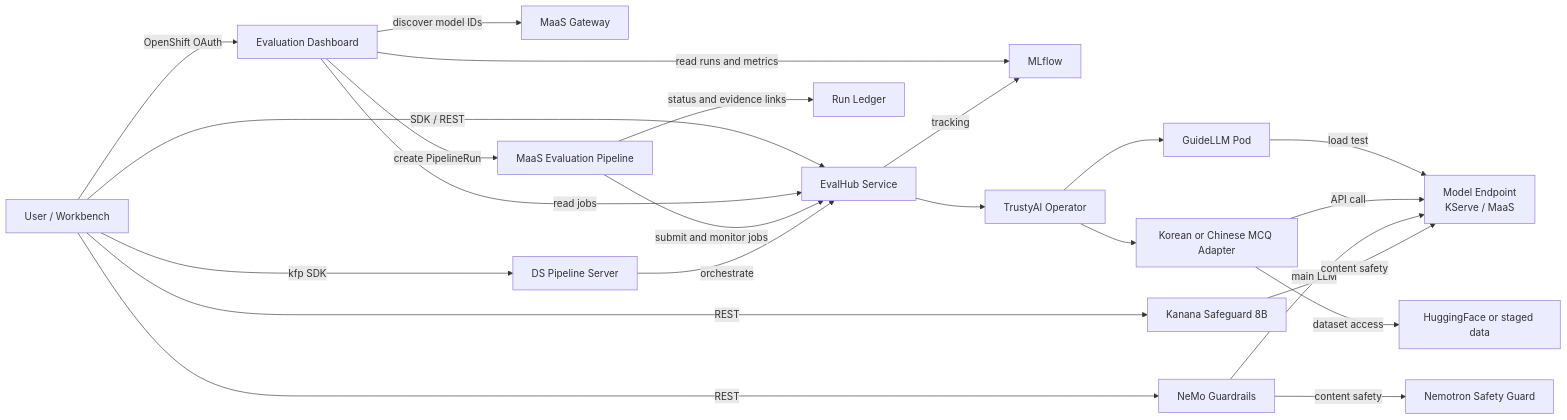
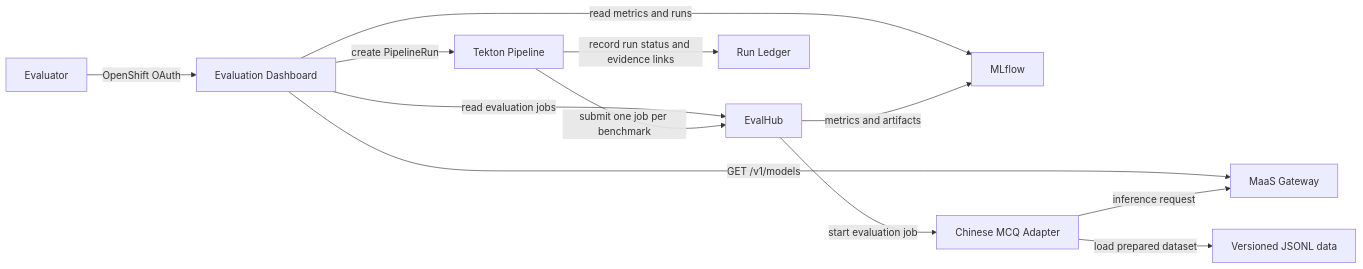
One commit to jaysonzhao/evalhub-lab changed the diagram in README.md. Above: the diagram before and after it, drawn with Mermaid. The commit also changed other lines of this file, not shown here.

Commit message:
docs: focus README on Chinese evaluation lab

````diff
--- a/README.md
+++ b/README.md
@@ -7,25 +7,14 @@
 ```mermaid
 flowchart LR
-    User[User / Workbench] -->|SDK / REST| EvalHub[EvalHub Service]
-    User -->|OpenShift OAuth| Dashboard[Evaluation Dashboard]
-    Dashboard -->|read jobs| EvalHub
-    Dashboard -->|read runs and metrics| MLflow[MLflow]
-    Dashboard -->|discover model IDs| MaaS[MaaS Gateway]
-    Dashboard -->|create PipelineRun| Tekton[MaaS Evaluation Pipeline]
-    Tekton -->|submit and monitor jobs| EvalHub
-    Tekton -->|status and evidence links| Ledger[Run Ledger]
-    EvalHub -->|tracking| MLflow[MLflow]
-    EvalHub --> Operator[TrustyAI Operator]
-    Operator --> GuideLLM[GuideLLM Pod]
-    Operator --> MCQ[Korean or Chinese MCQ Adapter]
-    GuideLLM -->|load test| Model[Model Endpoint<br/>KServe / MaaS]
-    MCQ -->|API call| Model
-    MCQ -->|dataset access| HF[HuggingFace or staged data]
-    User -->|kfp SDK| Pipeline[DS Pipeline Server]
-    Pipeline -->|orchestrate| EvalHub
-    User -->|REST| Guardrails[NeMo Guardrails]
-    Guardrails -->|content safety| SafetyModel[Nemotron Safety Guard]
-    Guardrails -->|main LLM| Model
-    User -->|REST| Kanana[Kanana Safeguard 8B]
-    Kanana -->|content safety| Model
+    User[Evaluator] -->|OpenShift OAuth| Dashboard[Evaluation Dashboard]
+    Dashboard -->|read evaluation jobs| EvalHub[EvalHub]
+    Dashboard -->|read metrics and runs| MLflow[MLflow]
+    Dashboard -->|GET /v1/models| MaaS[MaaS Gateway]
+    Dashboard -->|create PipelineRun| Tekton[Tekton Pipeline]
+    Tekton -->|submit one job per benchmark| EvalHub
+    Tekton -->|record run status and evidence links| Ledger[Run Ledger]
+    EvalHub -->|start evaluation job| Adapter[Chinese MCQ Adapter]
+    Adapter -->|inference request| MaaS
+    Adapter -->|load prepared dataset| Data[Versioned JSONL data]
+    EvalHub -->|metrics and artifacts| MLflow
 ```
````
